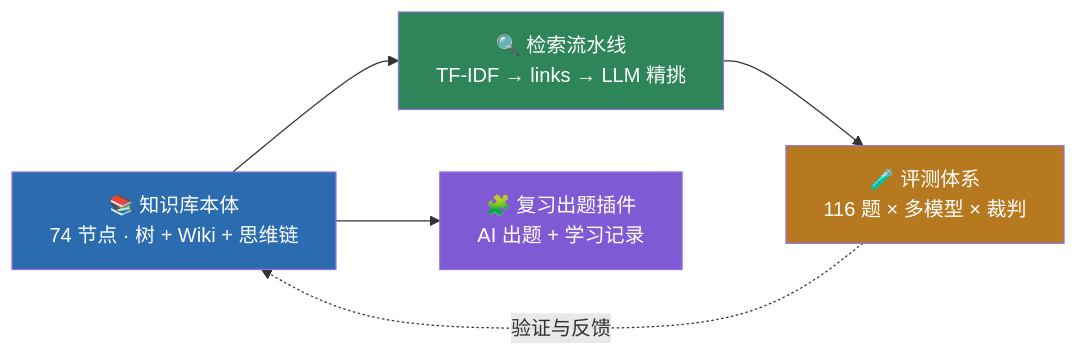
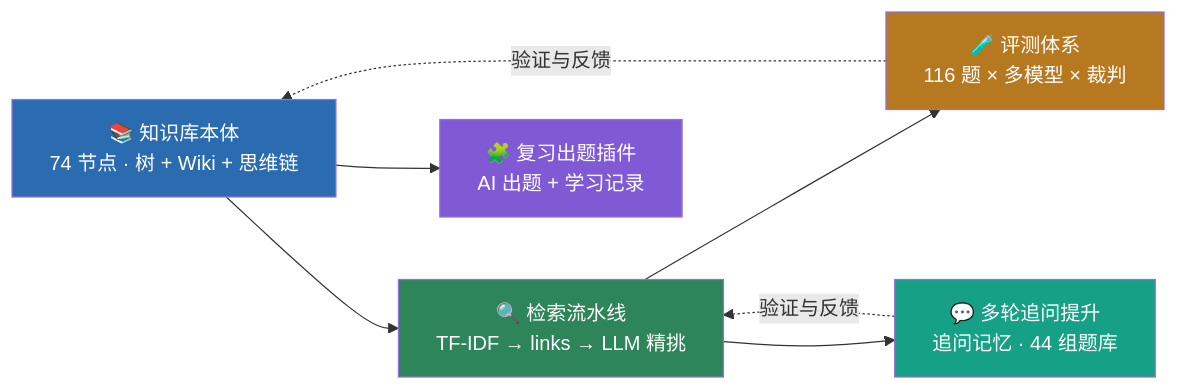
One commit to Baixiaodou/comm-knowledge-graph changed the first of 9 diagrams in README.md. Above: the diagram before and after it, drawn with Mermaid. The commit also changed other lines of this file and 13 other files, not shown here.

````diff
--- a/README.md
+++ b/README.md
@@ -23,12 +24,15 @@
 ```mermaid
 flowchart LR
     A["📚 知识库本体<br/>74 节点 · 树 + Wiki + 思维链"] --> B["🔍 检索流水线<br/>TF-IDF → links → LLM 精挑"]
     B --> C["🧪 评测体系<br/>116 题 × 多模型 × 裁判"]
     A --> D["🧩 复习出题插件<br/>AI 出题 + 学习记录"]
+    B --> E["💬 多轮追问提升<br/>追问记忆 · 44 组题库"]
+    E -.->|验证与反馈| B
     C -.->|验证与反馈| A
 
     style A fill:#2b6cb0,color:#fff
     style B fill:#2f855a,color:#fff
     style C fill:#b7791f,color:#fff
     style D fill:#805ad5,color:#fff
+    style E fill:#16a085,color:#fff
 ```
````
